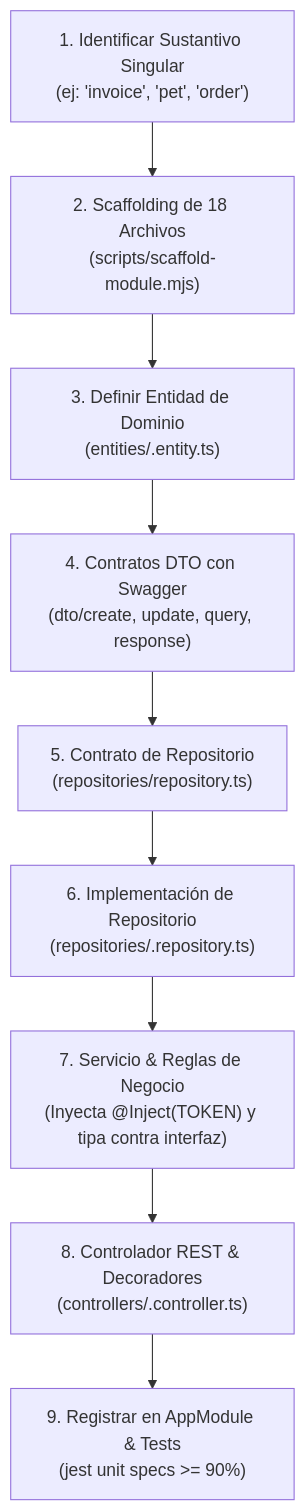
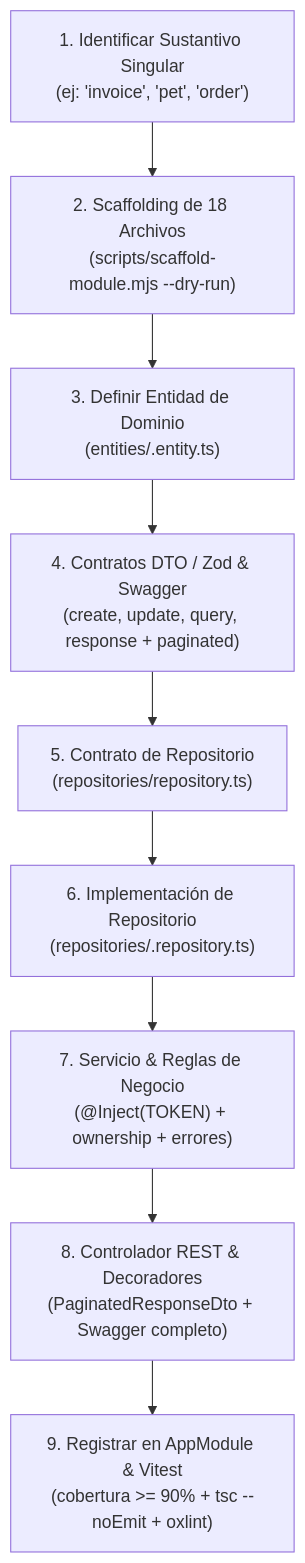
Before and after one commit to bryanus1/agent-skills: the diagram in skills/architecture/nestjs-architecture/SKILL.md, drawn with Mermaid. The commit also changed other lines of this file and 15 other files, not shown here.

First line of the commit message:
feat(architecture): upgrade nestjs-architecture to v2 (NodeAdapter, SWC, Vitest, OXC) (#13)

````diff
--- a/skills/architecture/nestjs-architecture/SKILL.md
+++ b/skills/architecture/nestjs-architecture/SKILL.md
@@ -45,11 +56,11 @@
 ```mermaid
 flowchart TD
-    A["1. Identificar Sustantivo Singular\n(ej: 'invoice', 'pet', 'order')"] --> B["2. Scaffolding de 18 Archivos\n(scripts/scaffold-module.mjs)"]
+    A["1. Identificar Sustantivo Singular\n(ej: 'invoice', 'pet', 'order')"] --> B["2. Scaffolding de 18 Archivos\n(scripts/scaffold-module.mjs --dry-run)"]
     B --> C["3. Definir Entidad de Dominio\n(entities/<noun>.entity.ts)"]
-    C --> D["4. Contratos DTO con Swagger\n(dto/create, update, query, response)"]
+    C --> D["4. Contratos DTO / Zod & Swagger\n(create, update, query, response + paginated)"]
     D --> E["5. Contrato de Repositorio\n(repositories/repository.ts)"]
     E --> F["6. Implementación de Repositorio\n(repositories/<noun>.repository.ts)"]
-    F --> G["7. Servicio & Reglas de Negocio\n(Inyecta @Inject(TOKEN) y tipa contra interfaz)"]
-    G --> H["8. Controlador REST & Decoradores\n(controllers/<noun>.controller.ts)"]
-    H --> I["9. Registrar en AppModule & Tests\n(jest unit specs >= 90%)"]
+    F --> G["7. Servicio & Reglas de Negocio\n(@Inject(TOKEN) + ownership + errores)"]
+    G --> H["8. Controlador REST & Decoradores\n(PaginatedResponseDto + Swagger completo)"]
+    H --> I["9. Registrar en AppModule & Vitest\n(cobertura >= 90% + tsc --noEmit + oxlint)"]
 ```
````
